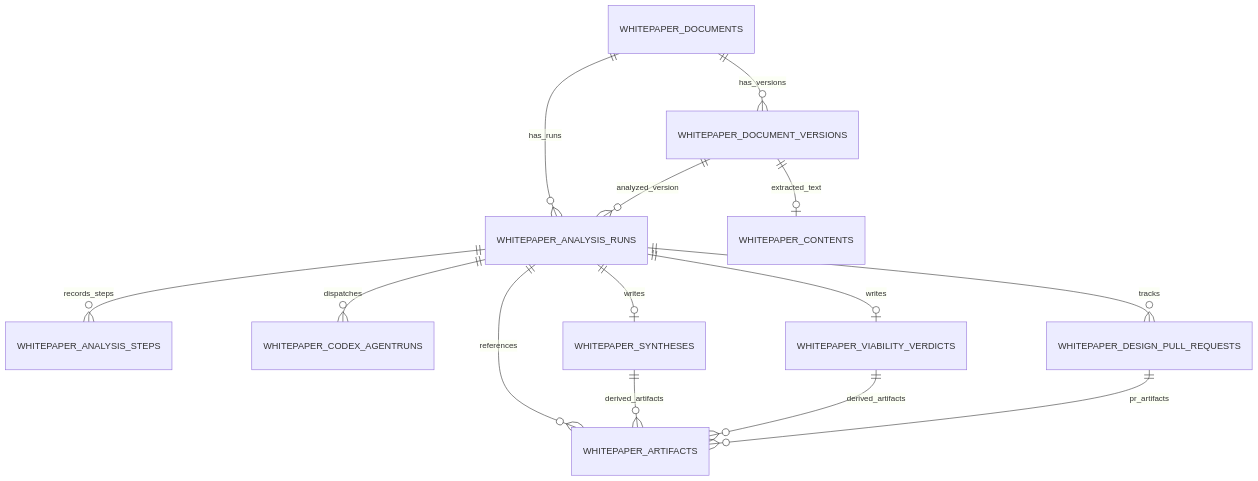
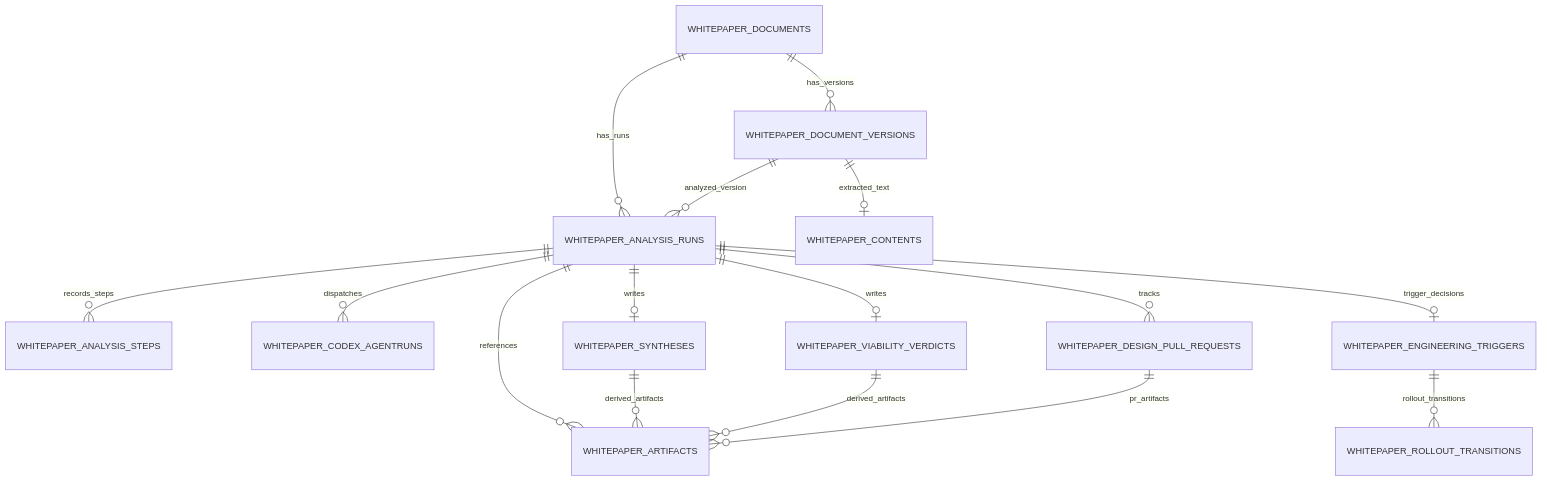
One commit to proompteng/lab changed the second of 2 diagrams in docs/torghut/whitepaper-research-workflow.md. Above: the diagram before and after it, drawn with Mermaid. The commit also changed other lines of this file and 13 other files, not shown here.

Commit message:
feat(whitepapers): implement v5/07 feeder trigger and rollout controller

````diff
--- a/docs/torghut/whitepaper-research-workflow.md
+++ b/docs/torghut/whitepaper-research-workflow.md
@@ -207,16 +253,18 @@
 ```mermaid
 erDiagram
   WHITEPAPER_DOCUMENTS ||--o{ WHITEPAPER_DOCUMENT_VERSIONS : has_versions
   WHITEPAPER_DOCUMENTS ||--o{ WHITEPAPER_ANALYSIS_RUNS : has_runs
   WHITEPAPER_DOCUMENT_VERSIONS ||--o{ WHITEPAPER_ANALYSIS_RUNS : analyzed_version
   WHITEPAPER_DOCUMENT_VERSIONS ||--o| WHITEPAPER_CONTENTS : extracted_text
   WHITEPAPER_ANALYSIS_RUNS ||--o{ WHITEPAPER_ANALYSIS_STEPS : records_steps
   WHITEPAPER_ANALYSIS_RUNS ||--o{ WHITEPAPER_CODEX_AGENTRUNS : dispatches
   WHITEPAPER_ANALYSIS_RUNS ||--o| WHITEPAPER_SYNTHESES : writes
   WHITEPAPER_ANALYSIS_RUNS ||--o| WHITEPAPER_VIABILITY_VERDICTS : writes
   WHITEPAPER_ANALYSIS_RUNS ||--o{ WHITEPAPER_DESIGN_PULL_REQUESTS : tracks
+  WHITEPAPER_ANALYSIS_RUNS ||--o| WHITEPAPER_ENGINEERING_TRIGGERS : trigger_decisions
+  WHITEPAPER_ENGINEERING_TRIGGERS ||--o{ WHITEPAPER_ROLLOUT_TRANSITIONS : rollout_transitions
   WHITEPAPER_ANALYSIS_RUNS ||--o{ WHITEPAPER_ARTIFACTS : references
   WHITEPAPER_SYNTHESES ||--o{ WHITEPAPER_ARTIFACTS : derived_artifacts
   WHITEPAPER_VIABILITY_VERDICTS ||--o{ WHITEPAPER_ARTIFACTS : derived_artifacts
   WHITEPAPER_DESIGN_PULL_REQUESTS ||--o{ WHITEPAPER_ARTIFACTS : pr_artifacts
 ```
````
